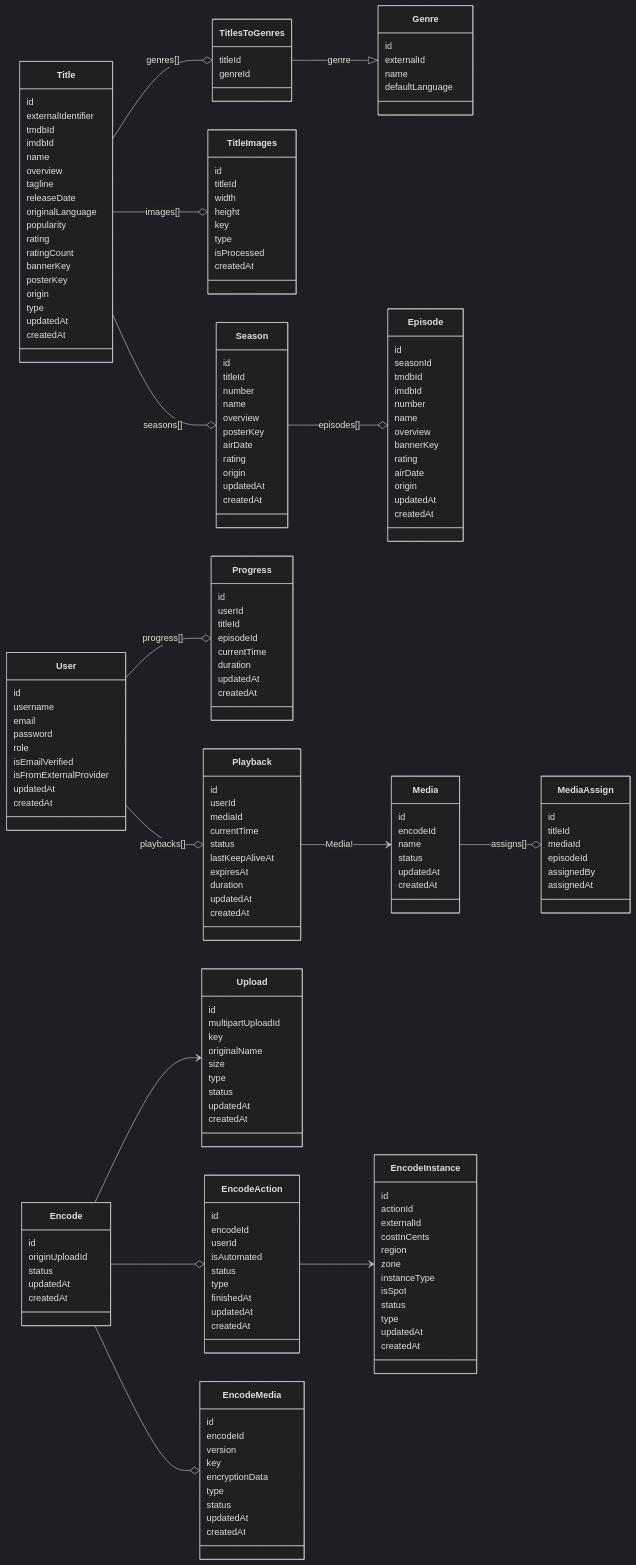
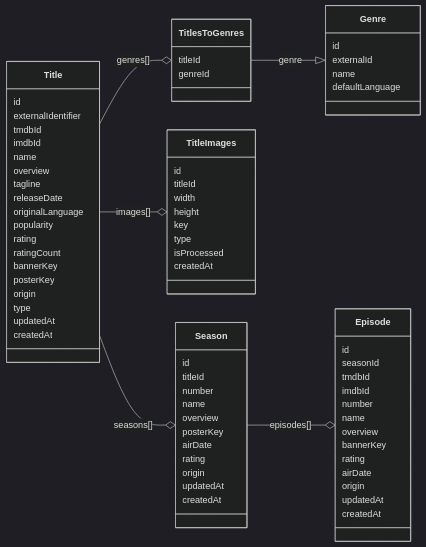
The first of 3 diagrams in README.md (zyxsz/mystreaming-app), drawn with Mermaid (dark theme) before and after one commit.

Commit message:
Split structure diagrams in parts

```diff
--- a/README.md
+++ b/README.md
@@ -214,155 +214,6 @@
 	    createdAt
     }
 
-    class User {
-        id
-
-        username
-        email
-        password
-
-        role
-
-        isEmailVerified
-        isFromExternalProvider
-
-        updatedAt
-        createdAt
-    }
-
-    class Progress{
-        id
-
-        userId
-        titleId
-        episodeId
-
-        currentTime
-        duration
-
-        updatedAt
-        createdAt
-    }
-
-    class Media {
-        id
-        encodeId
-        name
-        status
-        updatedAt
-        createdAt
-    }
-
-    class MediaAssign {
-        id
-
-        titleId
-        mediaId
-        episodeId
-
-        assignedBy
-        assignedAt
-    }
-
-
-    class Playback {
-        id
-        userId
-        mediaId
-
-        currentTime
-        status
-
-        lastKeepAliveAt
-        expiresAt
-
-        duration
-        updatedAt
-        createdAt
-    }
-
-    class Upload {
-        id
-        multipartUploadId
-        key
-        originalName
-        size
-        type
-        status
-        updatedAt
-        createdAt
-    }
-
-    class Encode {
-        id
-
-        originUploadId
-        status
-
-        updatedAt
-        createdAt
-    }
-
-    class EncodeAction {
-        id
-        encodeId
-        userId
-
-        isAutomated
-
-        status
-        type
-
-        finishedAt
-        updatedAt
-        createdAt
-    }
-
-    class EncodeInstance {
-        id
-
-        actionId
-        externalId
-
-        costInCents
-        region
-        zone
-        instanceType
-        isSpot
-
-        status
-        type
-
-        updatedAt
-        createdAt
-    }
-
-    class EncodeMedia {
-        id
-        encodeId
-
-        version
-        key
-
-        encryptionData
-        type
-
-        status
-
-        updatedAt
-        createdAt
-    }
-
-
-    Encode --> Upload
-    Encode --o EncodeAction
-    EncodeAction --> EncodeInstance
-    Encode --o EncodeMedia
-
-    Media --o MediaAssign : assigns[]
-    User --o Playback : playbacks[]
-    Playback --> Media : Media!
-    User --o Progress : progress[]
     Title --o TitleImages : images[]
     Title --o TitlesToGenres : genres[]
     TitlesToGenres --|> Genre : genre
```
